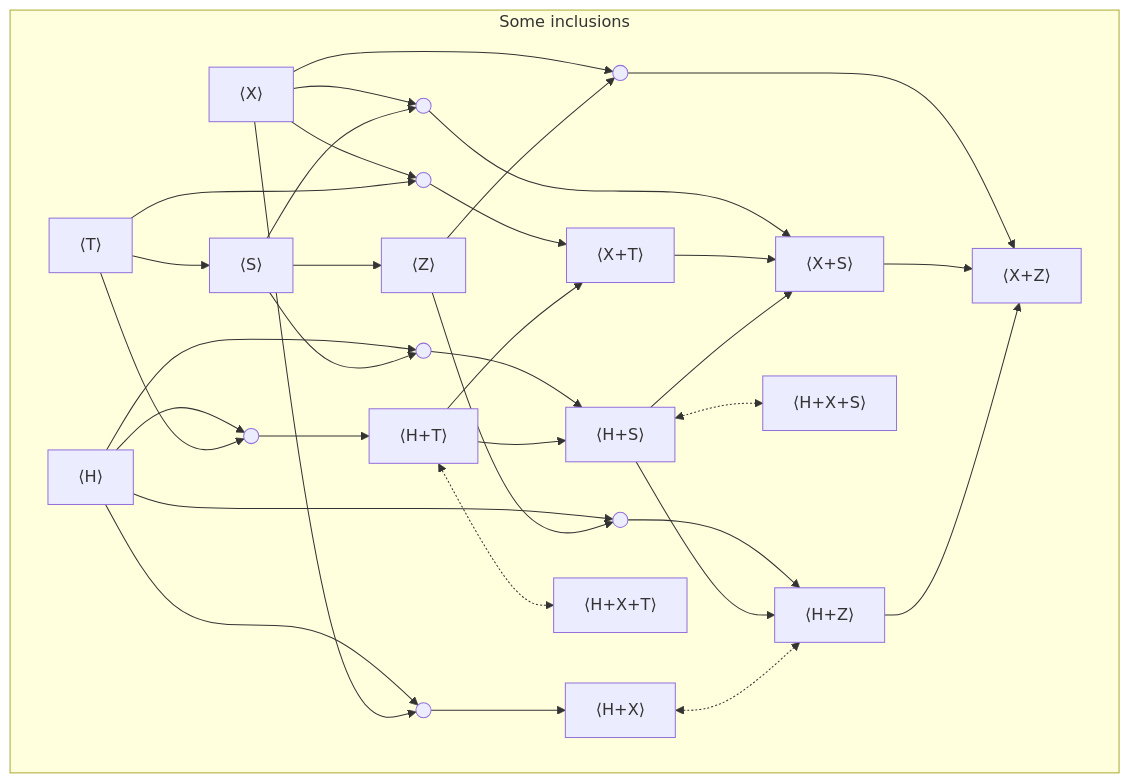
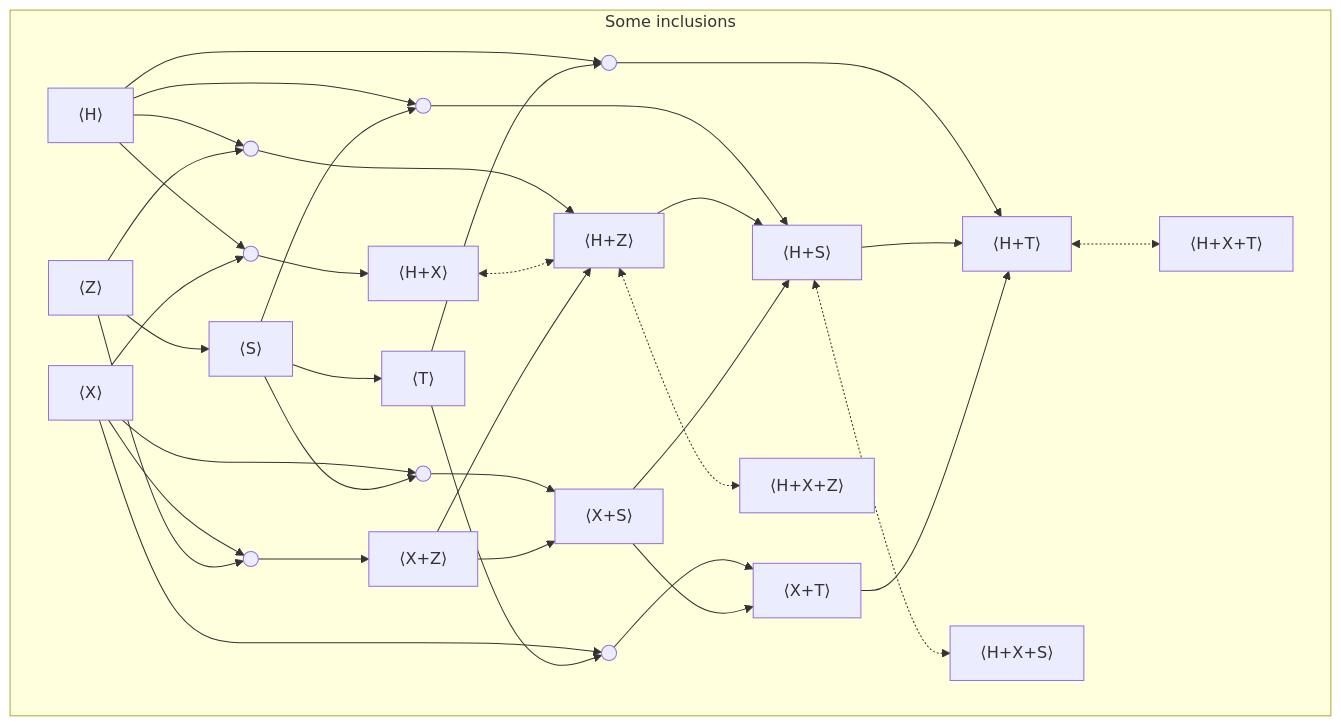
The third of 3 diagrams in src/content/posts/circuits-fragments.mdx (Sukyn/academic-website), drawn with Mermaid before and after one commit. The commit also changed other lines of this file and 5 other files, not shown here.

````diff
--- a/src/content/posts/circuits-fragments.mdx
+++ b/src/content/posts/circuits-fragments.mdx
@@ -553,63 +573,64 @@
 ```mermaid 
 graph TD
   subgraph D["Some inclusions"]
     H["⟨H⟩"] 
     S["⟨S⟩"]
     X["⟨X⟩"]
     Z["⟨Z⟩"]
     T["⟨T⟩"]
 
     HStmp(( ))
     HStmp --> HS["⟨H+S⟩"] 
     H --> HStmp 
     S --> HStmp
 
-    T --> S 
-    S --> Z
+    S --> T
+    Z --> S
 
     HTtmp(( ))
     HTtmp --> HT["⟨H+T⟩"] 
     H --> HTtmp 
     T --> HTtmp
 
     HXtmp(( ))
     HXtmp --> HX["⟨H+X⟩"] 
     H --> HXtmp 
     X --> HXtmp
 
     HZtmp(( ))
     HZtmp --> HZ["⟨H+Z⟩"] 
     H --> HZtmp 
     Z --> HZtmp
 
-    HT --> HS 
-    HS --> HZ 
+    HS --> HT
+    HZ --> HS 
 
     HX <-.-> HZ
 
     XTtmp(( ))
     XTtmp --> XT["⟨X+T⟩"] 
     X --> XTtmp 
     T --> XTtmp
 
     XStmp(( ))
     XStmp --> XS["⟨X+S⟩"] 
     X --> XStmp 
     S --> XStmp
 
     XZtmp(( ))
     XZtmp --> XZ["⟨X+Z⟩"] 
     X --> XZtmp 
     Z --> XZtmp
 
-    XT --> XS
-    XS --> XZ
+    XS --> XT
+    XZ --> XS
 
-    HT --> XT 
-    HS --> XS 
-    HZ --> XZ
+    XT --> HT 
+    XS --> HS 
+    XZ --> HZ
 
     HT <-.-> HTX["⟨H+X+T⟩"] 
     HS <-.-> HSX["⟨H+X+S⟩"] 
+    HZ <-.-> HZX["⟨H+X+Z⟩"] 
   end
 ```
````
